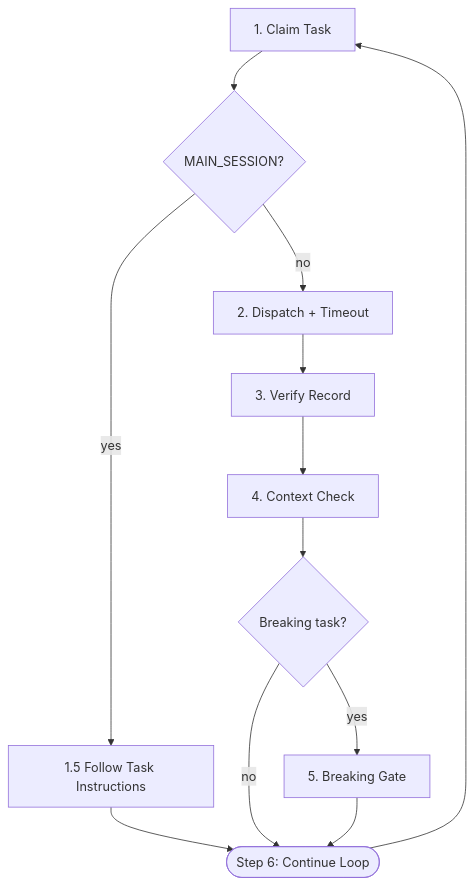
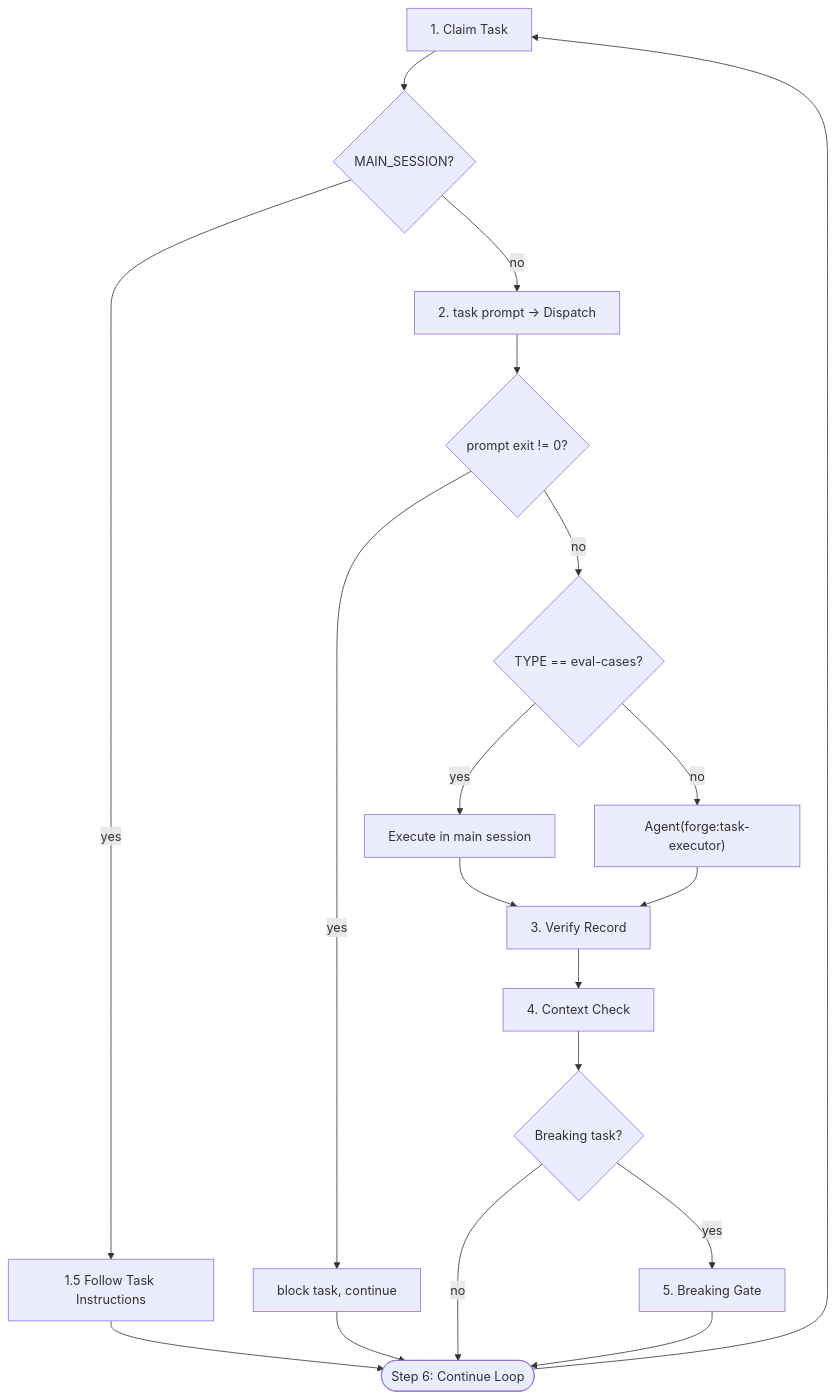
One commit to bigfaner/forge changed the diagram in plugins/forge/commands/run-tasks.md. Above: the diagram before and after it, drawn with Mermaid. The commit also changed other lines of this file and 2 other files, not shown here.

First line of the commit message:
feat(forge): update run-tasks routing to use task prompt dispatch

````diff
--- a/plugins/forge/commands/run-tasks.md
+++ b/plugins/forge/commands/run-tasks.md
@@ -13,14 +13,21 @@
 ```mermaid
 flowchart TD
     A["1. Claim Task"] --> B{"MAIN_SESSION?"}
     B -->|"yes"| C["1.5 Follow Task Instructions"]
     C --> LOOP(["Step 6: Continue Loop"])
-    B -->|"no"| D["2. Dispatch + Timeout"]
-    D --> E["3. Verify Record"]
+    B -->|"no"| D["2. task prompt → Dispatch"]
+    D --> D1{"prompt exit != 0?"}
+    D1 -->|"yes"| D2["block task, continue"]
+    D2 --> LOOP
+    D1 -->|"no"| D3{"TYPE == eval-cases?"}
+    D3 -->|"yes"| D4["Execute in main session"]
+    D3 -->|"no"| D5["Agent(forge:task-executor)"]
+    D4 --> E["3. Verify Record"]
+    D5 --> E
     E --> F["4. Context Check"]
     F --> G{"Breaking task?"}
     G -->|"yes"| H["5. Breaking Gate"]
     G -->|"no"| LOOP
     H --> LOOP
     LOOP --> A
 ```
````
